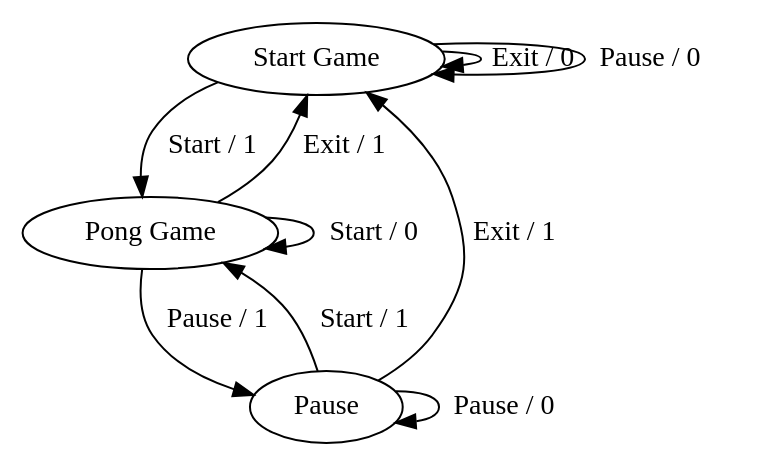
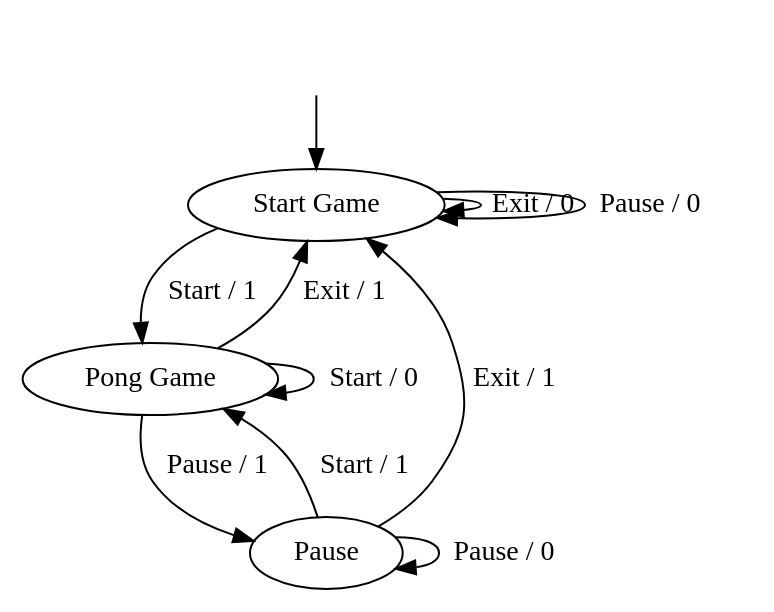
One commit to GianniM123/FFSM_fingerprint changed the diagram in FFSM_diff/dot-files/pong.dot. Above: the diagram before and after it, drawn with Graphviz. The commit also changed 5 other files, not shown here.

```diff
--- a/FFSM_diff/dot-files/pong.dot
+++ b/FFSM_diff/dot-files/pong.dot
@@ -1,16 +1,20 @@
 digraph{
     graph [version="pong"];
+
+__start0 [label="" shape="none"];
+__start0 -> "Start Game";
+
 "Start Game"
 "Pong Game"
 "Pause"
 
 "Start Game" -> "Pong Game" [label="Start / 1"]
 "Start Game" -> "Start Game" [label="Exit / 0"]
 "Start Game" -> "Start Game" [label="Pause / 0"] 
 "Pong Game" -> "Pong Game" [label="Start / 0"] 
 "Pong Game" -> "Start Game" [label="Exit / 1"]
 "Pong Game" -> "Pause" [label="Pause / 1"]
 "Pause"  -> "Pong Game" [label="Start / 1"]
 "Pause"  -> "Start Game" [label="Exit / 1"]
 "Pause"  -> "Pause" [label="Pause / 0"] 
 }
```
